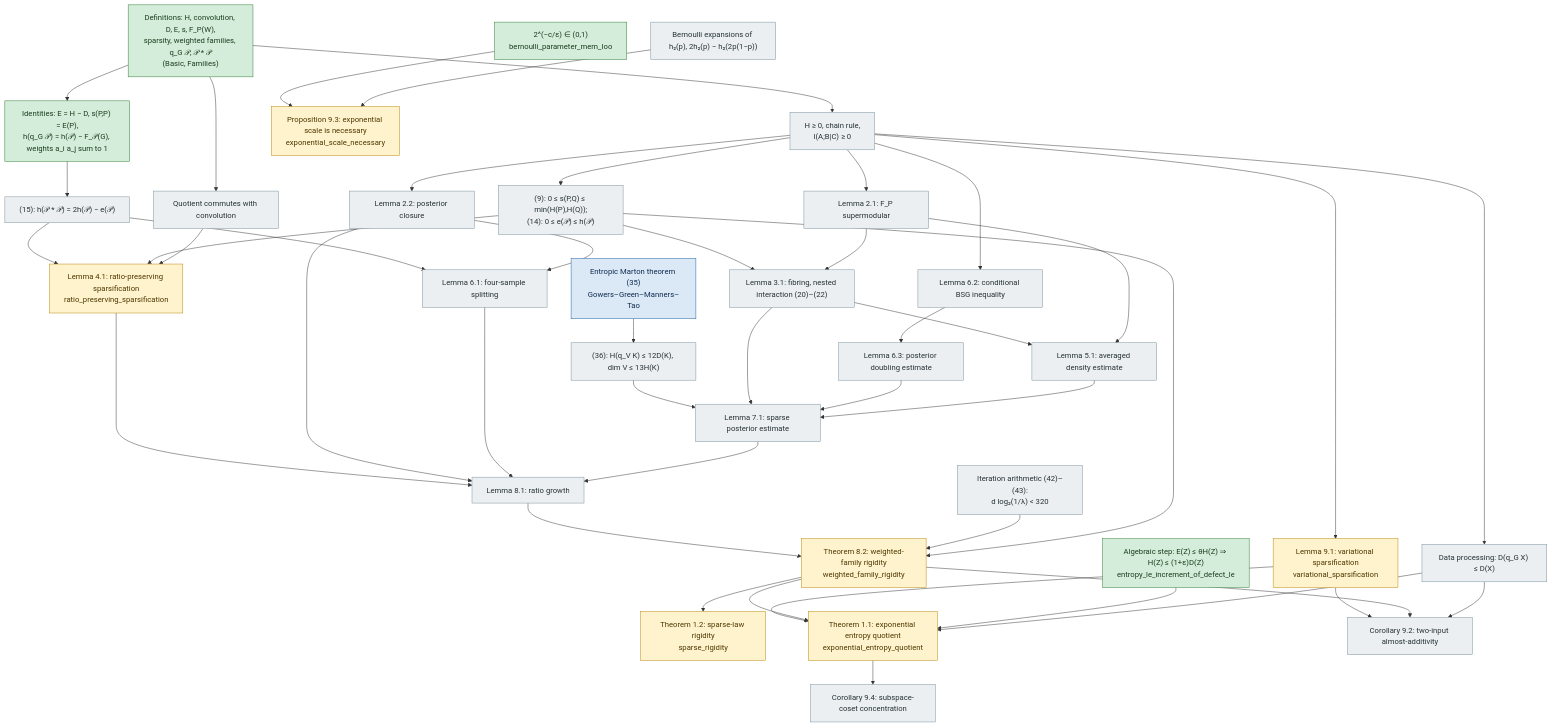
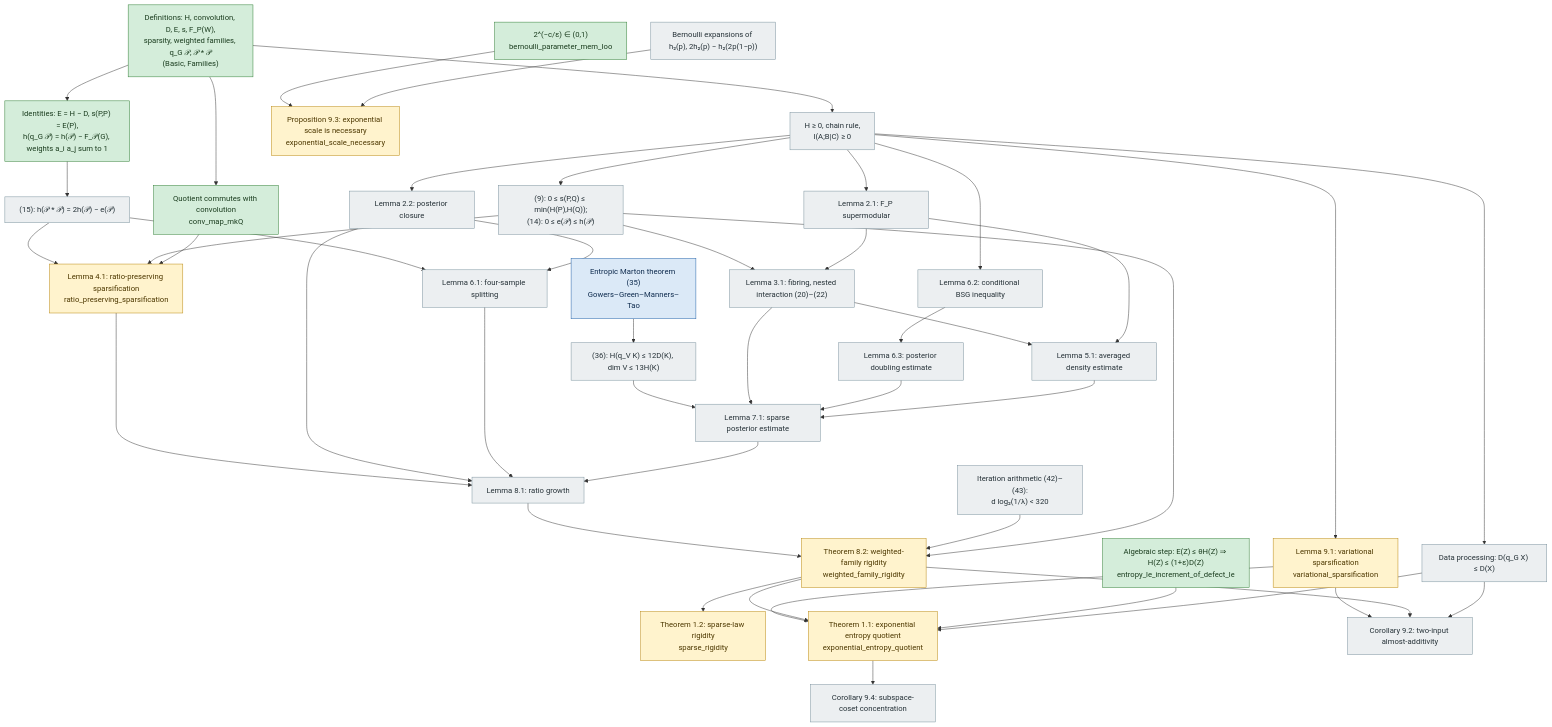
One commit to JosiahPark/entropy-quotients-lean changed the diagram in docs/DEPENDENCIES.md. Above: the diagram before and after it, drawn with Mermaid.

Commit message:
formalize: A4 chart: quotient commutes with convolution is proved (conv_map_mkQ, CI green at 7efccc9)

```diff
--- a/docs/DEPENDENCIES.md
+++ b/docs/DEPENDENCIES.md
@@ -29,7 +29,7 @@
   E9["(9): 0 ≤ s(P,Q) ≤ min(H(P),H(Q));<br/>(14): 0 ≤ e(𝒫) ≤ h(𝒫)"]:::missing
   DP["Data processing: D(q_G X) ≤ D(X)"]:::missing
   E15["(15): h(𝒫 * 𝒫) = 2h(𝒫) − e(𝒫)"]:::missing
-  QC["Quotient commutes with convolution"]:::missing
+  QC["Quotient commutes with convolution<br/>conv_map_mkQ"]:::proved
   L21["Lemma 2.1: F_P supermodular"]:::missing
   L22["Lemma 2.2: posterior closure"]:::missing
 
```
